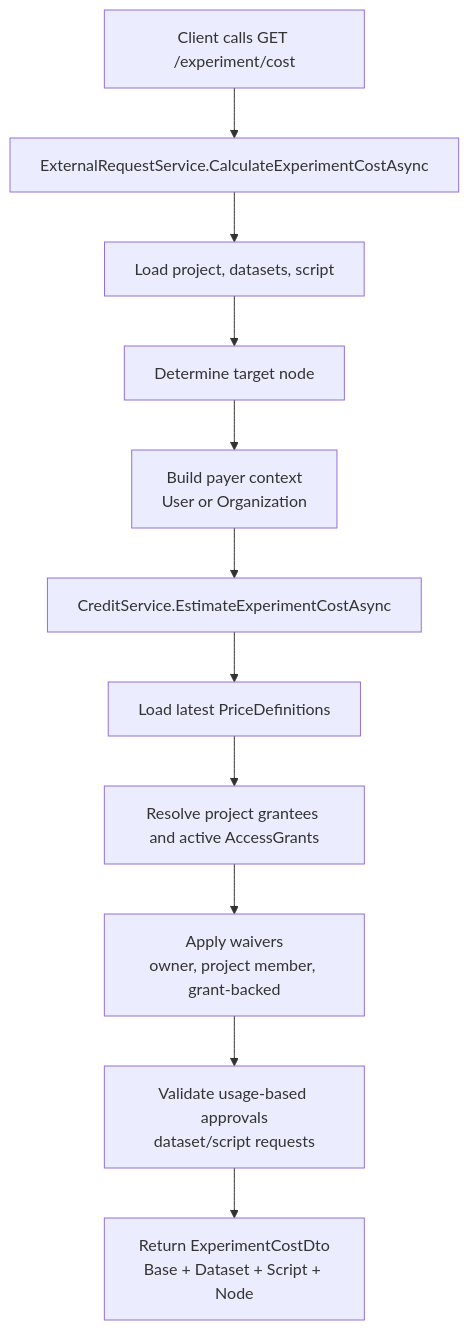
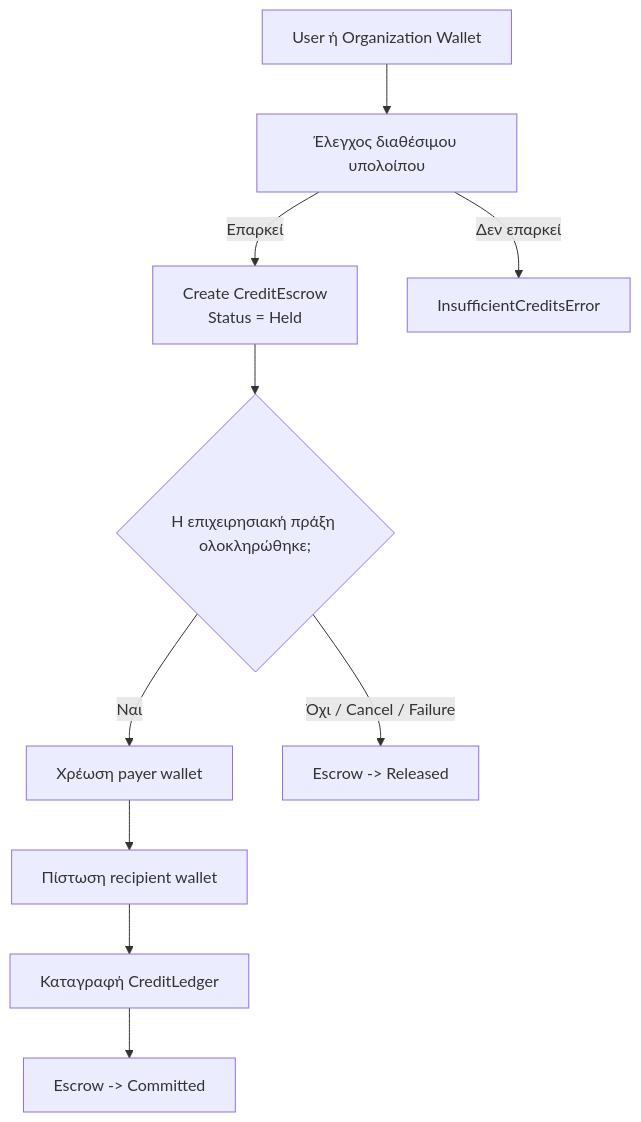
One commit to mtimoleon/notebook changed the first of 8 diagrams in Notes/Auth/Projects/RAISE/Documentation/Credit System Documentation.md. Above: the diagram before and after it, drawn with Mermaid. The commit also changed other lines of this file and 36 other files, not shown here.

````diff
--- a/Notes/Auth/Projects/RAISE/Documentation/Credit System Documentation.md
+++ b/Notes/Auth/Projects/RAISE/Documentation/Credit System Documentation.md
@@ -361,14 +116,12 @@
 ```mermaid
-%%{init: {'themeVariables': { 'fontSize': '16px'}}}%%
 flowchart TD
-    A[Client calls GET /experiment/cost] --> B[ExternalRequestService.CalculateExperimentCostAsync]
-    B --> C[Load project, datasets, script]
-    C --> D[Determine target node]
-    D --> E[Build payer context<br/>User or Organization]
-    E --> F[CreditService.EstimateExperimentCostAsync]
-    F --> G[Load latest PriceDefinitions]
-    G --> H[Resolve project grantees and active AccessGrants]
-    H --> I[Apply waivers<br/>owner, project member, grant-backed]
-    I --> J[Validate usage-based approvals<br/>dataset/script requests]
-    J --> K[Return ExperimentCostDto<br/>Base + Dataset + Script + Node]
+    A[User ή Organization Wallet] --> B[Έλεγχος διαθέσιμου υπολοίπου]
+    B -->|Επαρκεί| C[Create CreditEscrow<br/>Status = Held]
+    B -->|Δεν επαρκεί| X[InsufficientCreditsError]
+    C --> D{Η επιχειρησιακή πράξη ολοκληρώθηκε;}
+    D -->|Ναι| E[Χρέωση payer wallet]
+    E --> F[Πίστωση recipient wallet]
+    F --> G[Καταγραφή CreditLedger]
+    G --> H[Escrow -> Committed]
+    D -->|Όχι / Cancel / Failure| I[Escrow -> Released]
 ```
````
